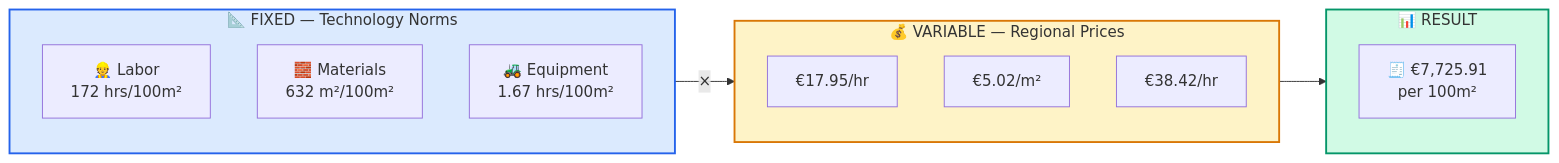
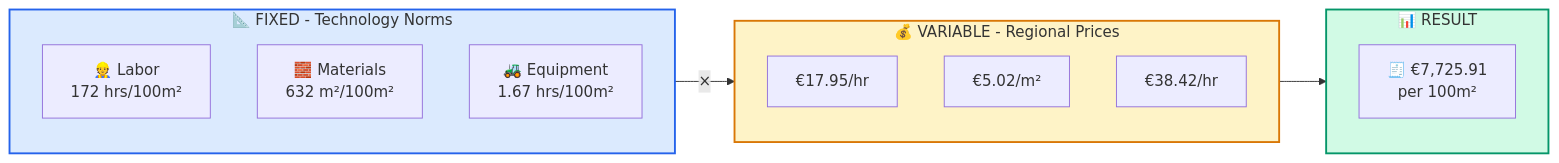
Before and after one commit to jkirtiusli/OpenConstructionEstimate: the third of 4 diagrams in README.md, drawn with Mermaid. The commit also changed other lines of this file, not shown here.

````diff
--- a/README.md
+++ b/README.md
@@ -178,24 +178,24 @@
 ```mermaid
 flowchart LR
-    subgraph Tech["📐 FIXED — Technology Norms"]
+    subgraph Tech["📐 FIXED - Technology Norms"]
         L["👷 Labor<br/>172 hrs/100m²"]
         M["🧱 Materials<br/>632 m²/100m²"]
         E["🚜 Equipment<br/>1.67 hrs/100m²"]
     end
     
-    subgraph Prices["💰 VARIABLE — Regional Prices"]
+    subgraph Prices["💰 VARIABLE - Regional Prices"]
         LP["€17.95/hr"]
         MP["€5.02/m²"]
         EP["€38.42/hr"]
     end
     
     subgraph Result["📊 RESULT"]
         COST["🧾 €7,725.91<br/>per 100m²"]
     end
     
     Tech -->|"×"| Prices --> Result
     
     style Tech fill:#dbeafe,stroke:#2563eb,stroke-width:2px
     style Prices fill:#fef3c7,stroke:#d97706,stroke-width:2px
     style Result fill:#d1fae5,stroke:#059669,stroke-width:2px
 ```
````
